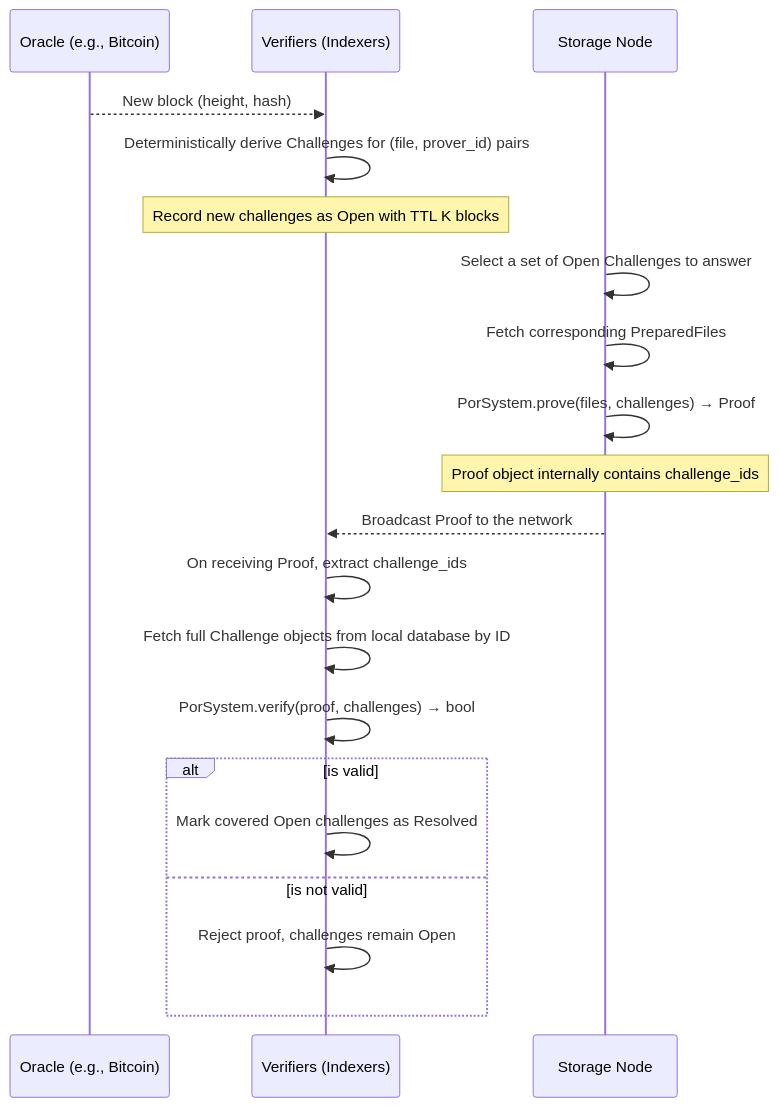
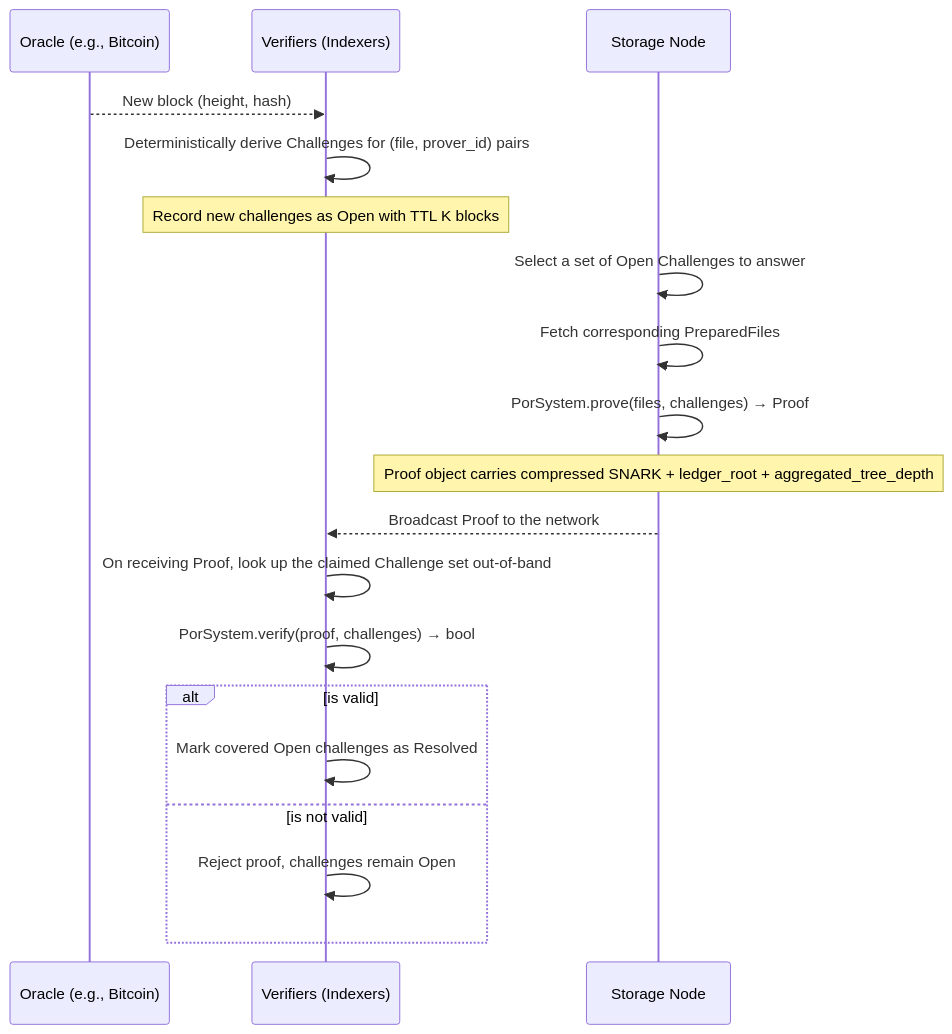
The second of 2 diagrams in PROTOCOL.md (KontorProtocol/Kontor-Crypto), drawn with Mermaid before and after one commit. The commit also changed other lines of this file and 10 other files, not shown here.

Commit message:
Tighten ledger immutability, bump proof format version, and align docs/tests

````diff
--- a/PROTOCOL.md
+++ b/PROTOCOL.md
@@ -40,25 +40,24 @@
 ```mermaid
 sequenceDiagram
     participant Oracle as Oracle (e.g., Bitcoin)
     participant Verifier as Verifiers (Indexers)
     participant Prover as Storage Node
 
     Oracle-->>Verifier: New block (height, hash)
     Verifier->>Verifier: Deterministically derive Challenges for (file, prover_id) pairs
     Note over Verifier: Record new challenges as Open with TTL K blocks
 
     Prover->>Prover: Select a set of Open Challenges to answer
     Prover->>Prover: Fetch corresponding PreparedFiles
     Prover->>Prover: PorSystem.prove(files, challenges) → Proof
-    Note over Prover: Proof object internally contains challenge_ids
+    Note over Prover: Proof object carries compressed SNARK + ledger_root + aggregated_tree_depth
 
     Prover-->>Verifier: Broadcast Proof to the network
-    Verifier->>Verifier: On receiving Proof, extract challenge_ids
-    Verifier->>Verifier: Fetch full Challenge objects from local database by ID
+    Verifier->>Verifier: On receiving Proof, look up the claimed Challenge set out-of-band
     Verifier->>Verifier: PorSystem.verify(proof, challenges) → bool
     alt is valid
         Verifier->>Verifier: Mark covered Open challenges as Resolved
     else is not valid
         Verifier->>Verifier: Reject proof, challenges remain Open
     end
 ```
````
